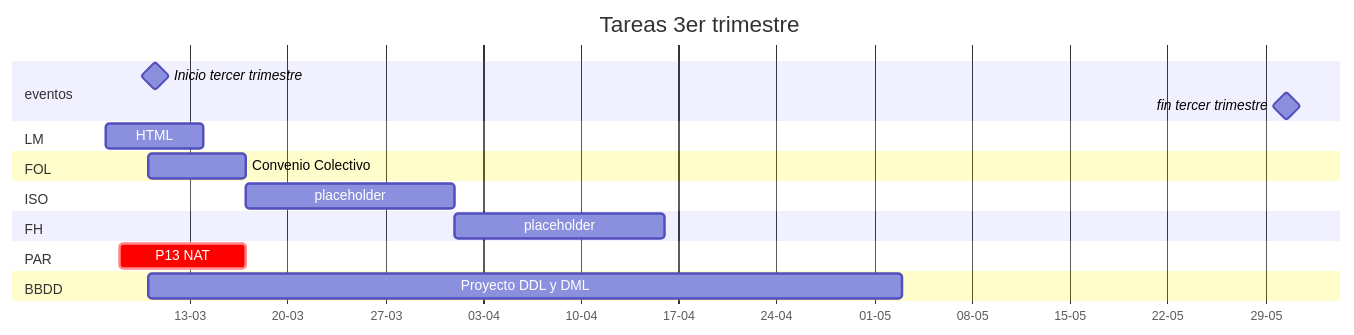
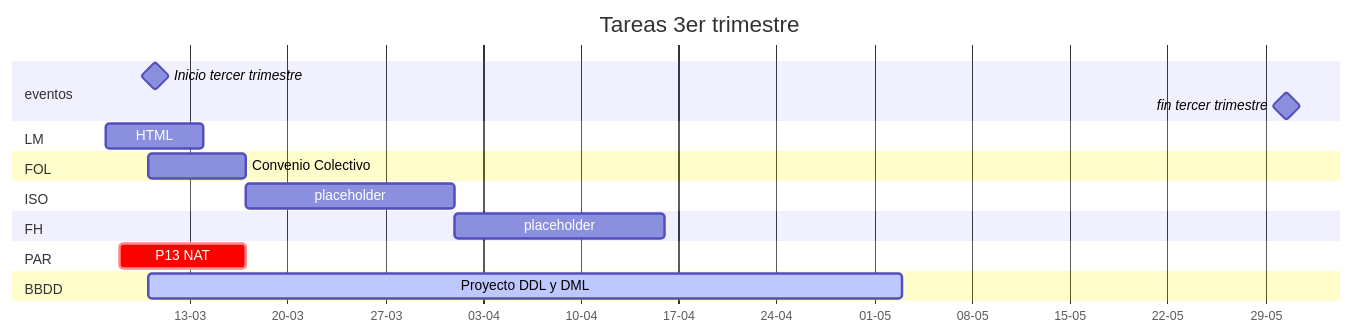
The diagram in README.md (robertorodriguez98/apuntesClase), drawn with Mermaid before and after one commit. The commit also changed other lines of this file and 7 other files, not shown here.

````diff
--- a/README.md
+++ b/README.md
@@ -3,29 +3,29 @@
 ```mermaid
 gantt
     %%etiquetas posibles: done,active,crit,milestone
     title Tareas 3er trimestre
     dateFormat  DD-MM-YY
     axisFormat  %d-%m
     section eventos
     Inicio tercer trimestre : milestone,10-03-22,1d
     fin tercer trimestre : milestone,30-05-22,1d
 
     section LM
     HTML :07-03-22,7d
 
     section FOL
 	Convenio Colectivo      :10-03-22,7d
 
     section ISO
     placeholder             :15d
 
     section FH
     placeholder             :15d
 
     section PAR
     P13 NAT             :crit,nat,08-03-22,17-03-22
 
     section BBDD
-    Proyecto DDL y DML  :10-03-22,03-05-22
+    Proyecto DDL y DML  :active,10-03-22,03-05-22
 
 ```
````
